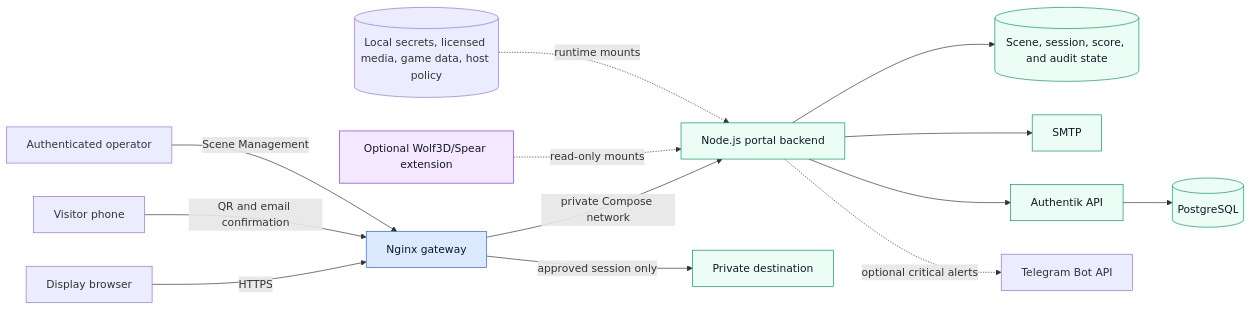
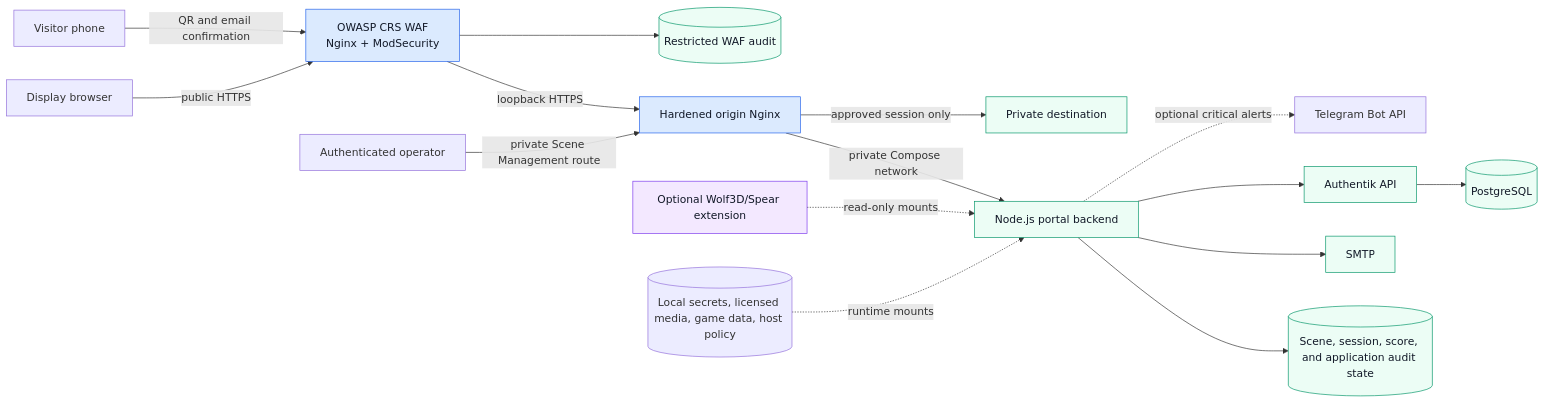
Before and after one commit to zipkindev/scene-access-platform: the first of 3 diagrams in README.md, drawn with Mermaid. The commit also changed other lines of this file, not shown here.

Commit message:
Document integrated WAF architecture

````diff
--- a/README.md
+++ b/README.md
@@ -72,25 +72,27 @@
 ```mermaid
 flowchart LR
-    Display[Display browser] -->|HTTPS| Edge[Nginx gateway]
-    Phone[Visitor phone] -->|QR and email confirmation| Edge
-    Operator[Authenticated operator] -->|Scene Management| Edge
+    Display[Display browser] -->|public HTTPS| WAF[OWASP CRS WAF<br/>Nginx + ModSecurity]
+    Phone[Visitor phone] -->|QR and email confirmation| WAF
+    WAF -->|loopback HTTPS| Edge[Hardened origin Nginx]
+    Operator[Authenticated operator] -->|private Scene Management route| Edge
 
     Edge -->|private Compose network| Backend[Node.js portal backend]
     Edge -->|approved session only| Service[Private destination]
 
-    Backend --> State[(Scene, session, score, and audit state)]
+    WAF --> WAudit[(Restricted WAF audit)]
+    Backend --> State[(Scene, session, score, and application audit state)]
     Backend --> Mail[SMTP]
     Backend --> Identity[Authentik API]
     Backend -. optional critical alerts .-> Telegram[Telegram Bot API]
     Identity --> Postgres[(PostgreSQL)]
 
     Wolf[Optional Wolf3D/Spear extension] -. read-only mounts .-> Backend
     Local[(Local secrets, licensed media, game data, host policy)] -. runtime mounts .-> Backend
 
     classDef edge fill:#dbeafe,stroke:#2563eb,color:#111827
     classDef private fill:#ecfdf5,stroke:#059669,color:#111827
     classDef optional fill:#f3e8ff,stroke:#7c3aed,color:#111827
-    class Edge edge
-    class Backend,State,Mail,Identity,Postgres,Service private
+    class WAF,Edge edge
+    class Backend,State,WAudit,Mail,Identity,Postgres,Service private
     class Wolf optional
 ```
````
